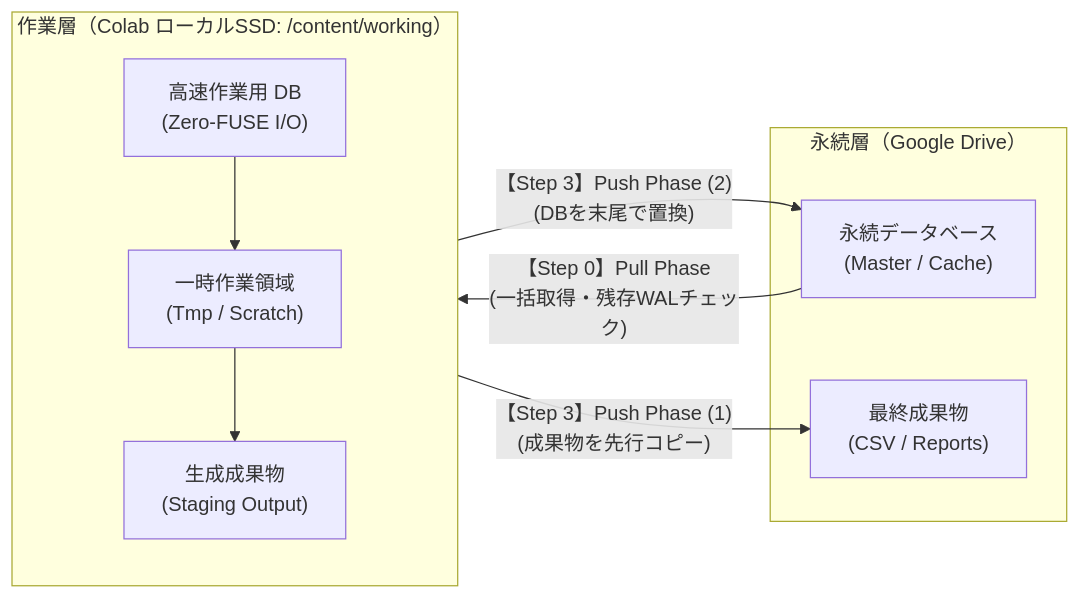
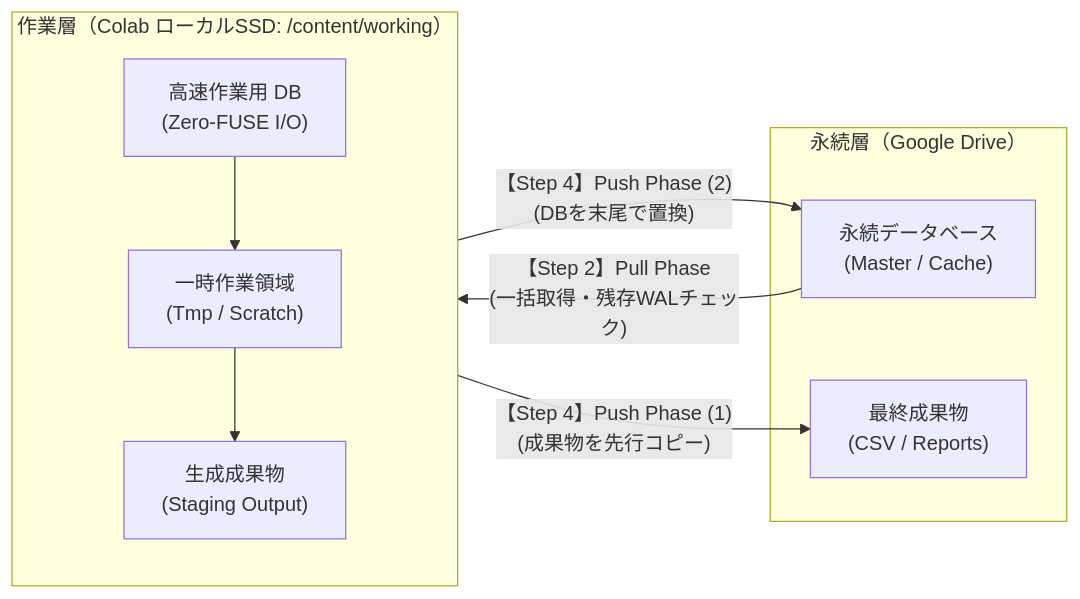
Before and after one commit to akkyey/stock-analyzer-core: the diagram in docs/articles/qiita_part6_colab_ephemeral_storage_architecture.md, drawn with Mermaid. The commit also changed other lines of this file and 1 other file, not shown here.

````diff
--- a/docs/articles/qiita_part6_colab_ephemeral_storage_architecture.md
+++ b/docs/articles/qiita_part6_colab_ephemeral_storage_architecture.md
@@ -91,19 +91,19 @@
 ```mermaid
 flowchart LR
     subgraph Persistent["永続層（Google Drive）"]
         DriveDB["永続データベース<br/>(Master / Cache)"]
         DriveOut["最終成果物<br/>(CSV / Reports)"]
     end
 
     subgraph Ephemeral["作業層（Colab ローカルSSD: /content/working）"]
         direction TB
         LocalDB["高速作業用 DB<br/>(Zero-FUSE I/O)"]
         LocalWork["一時作業領域<br/>(Tmp / Scratch)"]
         LocalOut["生成成果物<br/>(Staging Output)"]
     end
 
-    DriveDB -- "【Step 0】Pull Phase<br/>(一括取得・残存WALチェック)" --> LocalDB
+    DriveDB -- "【Step 2】Pull Phase<br/>(一括取得・残存WALチェック)" --> LocalDB
     LocalDB --> LocalWork --> LocalOut
-    LocalOut -- "【Step 3】Push Phase (1)<br/>(成果物を先行コピー)" --> DriveOut
-    LocalDB -- "【Step 3】Push Phase (2)<br/>(DBを末尾で置換)" --> DriveDB
+    LocalOut -- "【Step 4】Push Phase (1)<br/>(成果物を先行コピー)" --> DriveOut
+    LocalDB -- "【Step 4】Push Phase (2)<br/>(DBを末尾で置換)" --> DriveDB
 ```
````
